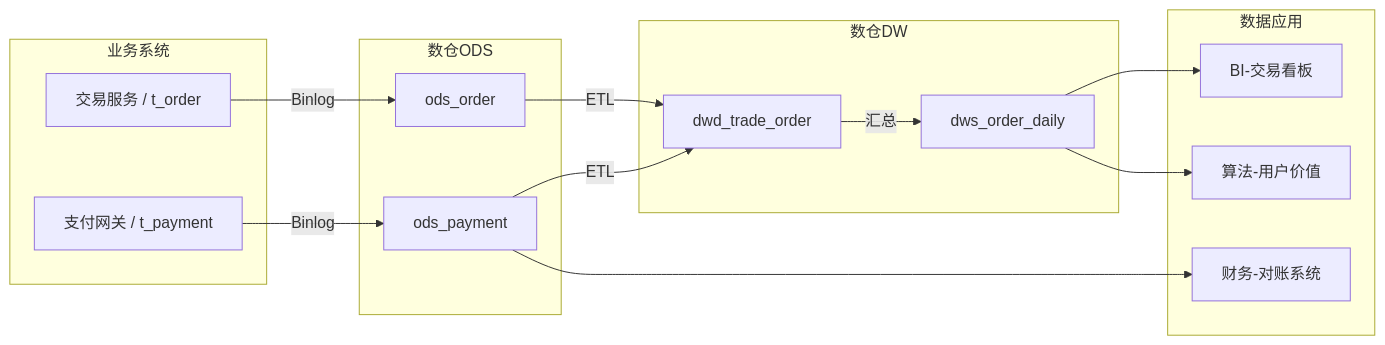
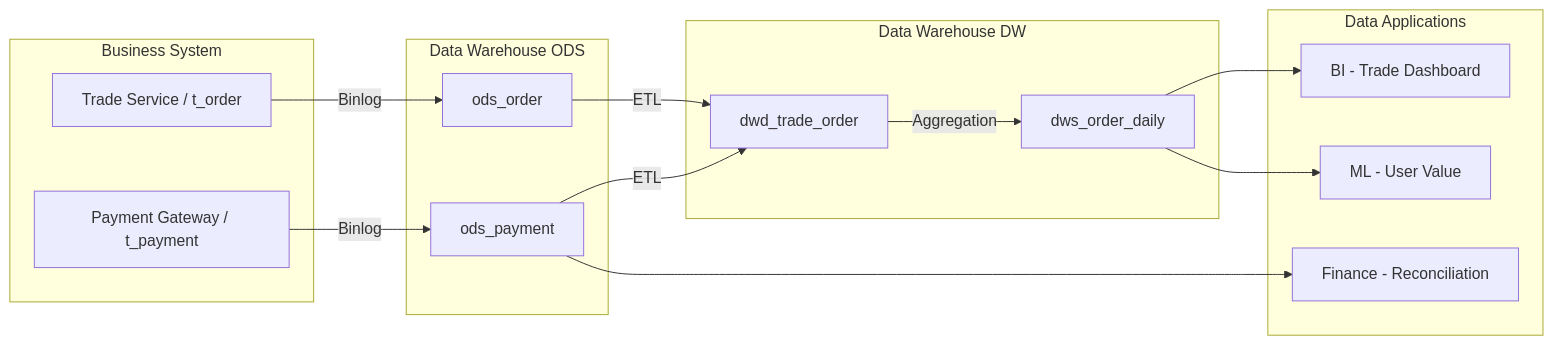
One commit to Kirky-X/cangjie changed the ninth of 11 diagrams in templates/产品/技术层/【模板】数据库设计文档规范.md. Above: the diagram before and after it, drawn with Mermaid. The commit also changed other lines of this file and 46 other files, not shown here.

````diff
--- a/templates/产品/技术层/【模板】数据库设计文档规范.md
+++ b/templates/产品/技术层/【模板】数据库设计文档规范.md
@@ -567,32 +567,32 @@
 ```mermaid
 flowchart LR
-    subgraph 业务系统
-        A1[交易服务 / t_order]
-        A2[支付网关 / t_payment]
+    subgraph Business System
+        A1[Trade Service / t_order]
+        A2[Payment Gateway / t_payment]
     end
 
-    subgraph 数仓ODS
+    subgraph Data Warehouse ODS
         B1[ods_order]
         B2[ods_payment]
     end
 
-    subgraph 数仓DW
+    subgraph Data Warehouse DW
         C1[dwd_trade_order]
         C2[dws_order_daily]
     end
 
-    subgraph 数据应用
-        D1[BI-交易看板]
-        D2[算法-用户价值]
-        D3[财务-对账系统]
+    subgraph Data Applications
+        D1[BI - Trade Dashboard]
+        D2[ML - User Value]
+        D3[Finance - Reconciliation]
     end
 
     A1 -->|Binlog| B1
     A2 -->|Binlog| B2
     B1 -->|ETL| C1
     B2 -->|ETL| C1
-    C1 -->|汇总| C2
+    C1 -->|Aggregation| C2
     C2 --> D1
     C2 --> D2
     B2 --> D3
 ```
````
